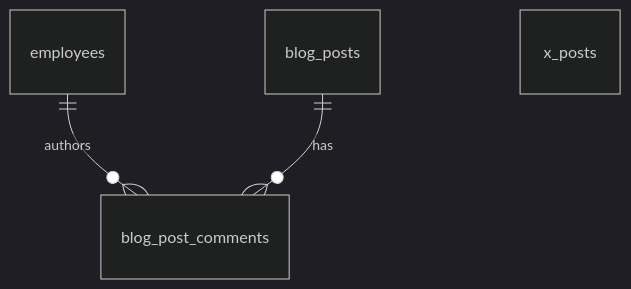
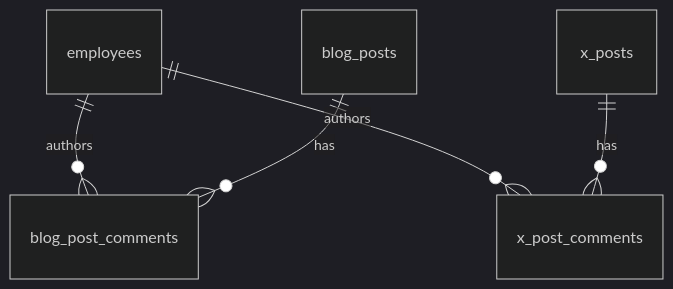
Before and after one commit to ssstakahashi/ai-org: the second of 4 diagrams in docs/database.md, drawn with Mermaid (dark theme). The commit also changed other lines of this file and 30 other files, not shown here.

````diff
--- a/docs/database.md
+++ b/docs/database.md
@@ -31,6 +31,7 @@
 ```mermaid
 erDiagram
   employees ||--o{ blog_post_comments : authors
+  employees ||--o{ x_post_comments : authors
   blog_posts ||--o{ blog_post_comments : has
-  x_posts
+  x_posts ||--o{ x_post_comments : has
 ```
````
